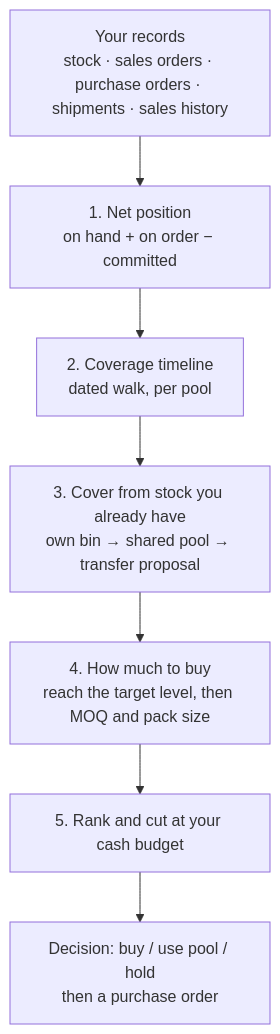
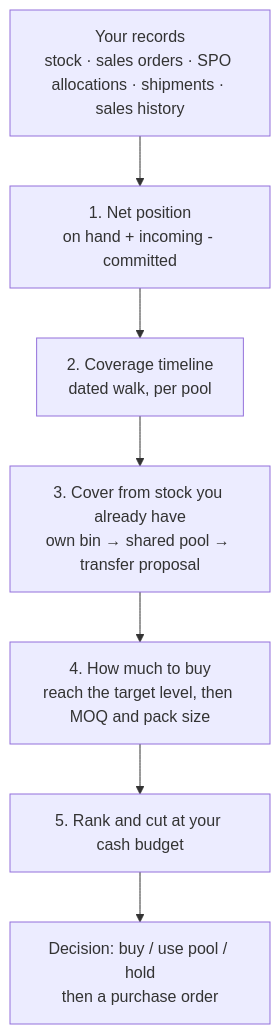
The diagram in documentation/scm/HOW-THE-PLAN-IS-DERIVED.md (jayson-odoo/sorento-crm), drawn with Mermaid before and after one commit. The commit also changed other lines of this file and 27 other files, not shown here.

````diff
--- a/documentation/scm/HOW-THE-PLAN-IS-DERIVED.md
+++ b/documentation/scm/HOW-THE-PLAN-IS-DERIVED.md
@@ -39,10 +59,10 @@
 ```mermaid
 flowchart TD
-  A["Your records<br/>stock · sales orders · purchase orders · shipments · sales history"]
-    --> B["1. Net position<br/>on hand + on order − committed"]
+  A["Your records<br/>stock · sales orders · SPO allocations · shipments · sales history"]
+    --> B["1. Net position<br/>on hand + incoming - committed"]
   B --> C["2. Coverage timeline<br/>dated walk, per pool"]
   C --> D["3. Cover from stock you already have<br/>own bin → shared pool → transfer proposal"]
   D --> E["4. How much to buy<br/>reach the target level, then MOQ and pack size"]
   E --> F["5. Rank and cut at your cash budget"]
   F --> G["Decision: buy / use pool / hold<br/>then a purchase order"]
 ```
````
